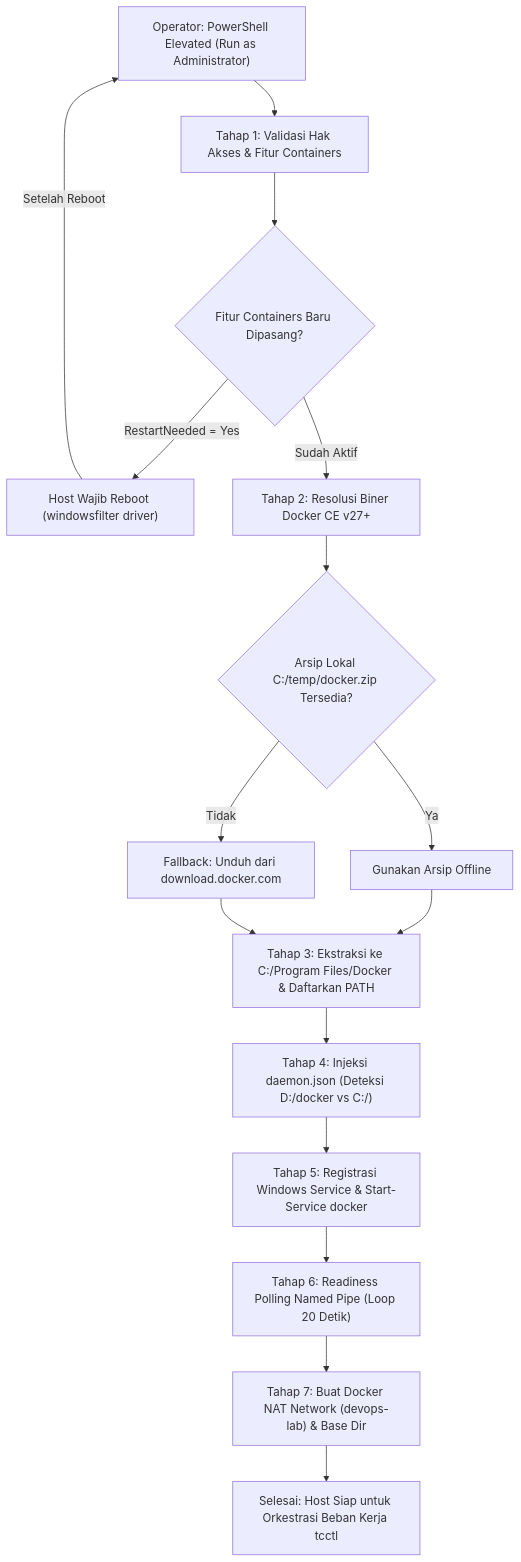
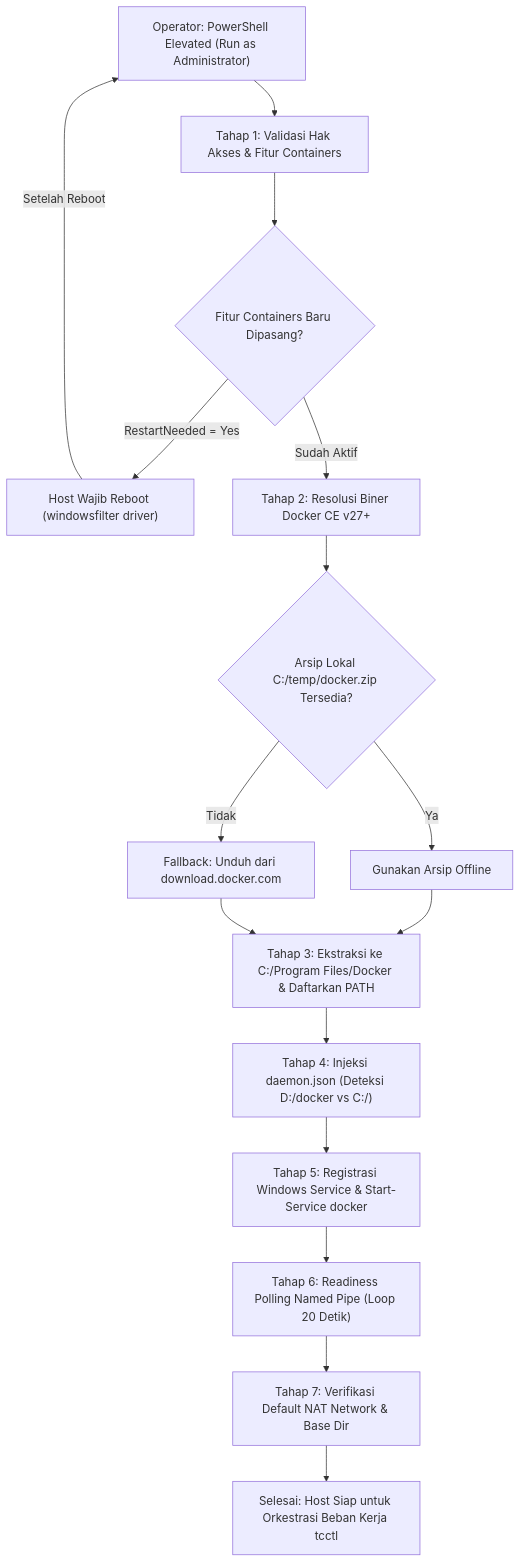
Before and after one commit to edkas07-oss/personal-site: the diagram in content/how-to/install-docker-engine-windows-containers.md, drawn with Mermaid. The commit also changed other lines of this file, not shown here.

Commit message:
fix(how-to): standardize container network to default nat and deprecate legacy devops-lab

```diff
--- a/content/how-to/install-docker-engine-windows-containers.md
+++ b/content/how-to/install-docker-engine-windows-containers.md
@@ -37,18 +37,18 @@
 {{< mermaid >}}
 flowchart TD
     A["Operator: PowerShell Elevated (Run as Administrator)"] --> B["Tahap 1: Validasi Hak Akses & Fitur Containers"]
     B --> C{"Fitur Containers Baru Dipasang?"}
     C -->|RestartNeeded = Yes| D["Host Wajib Reboot (windowsfilter driver)"]
     D -->|Setelah Reboot| A
     C -->|Sudah Aktif| E["Tahap 2: Resolusi Biner Docker CE v27+"]
     E --> F{"Arsip Lokal C:/temp/docker.zip Tersedia?"}
     F -->|Ya| G["Gunakan Arsip Offline"]
     F -->|Tidak| H["Fallback: Unduh dari download.docker.com"]
     G --> I["Tahap 3: Ekstraksi ke C:/Program Files/Docker & Daftarkan PATH"]
     H --> I
     I --> J["Tahap 4: Injeksi daemon.json (Deteksi D:/docker vs C:/)"]
     J --> K["Tahap 5: Registrasi Windows Service & Start-Service docker"]
     K --> L["Tahap 6: Readiness Polling Named Pipe (Loop 20 Detik)"]
-    L --> M["Tahap 7: Buat Docker NAT Network (devops-lab) & Base Dir"]
+    L --> M["Tahap 7: Verifikasi Default NAT Network & Base Dir"]
     M --> N["Selesai: Host Siap untuk Orkestrasi Beban Kerja tcctl"]
 {{< /mermaid >}}
```
